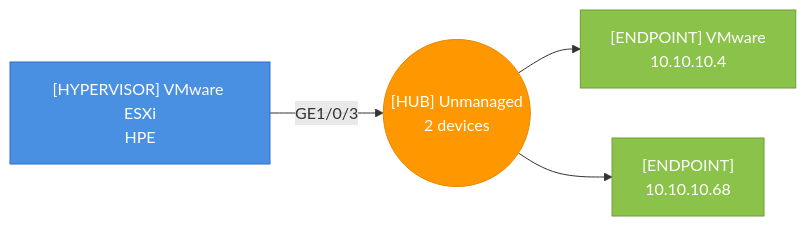
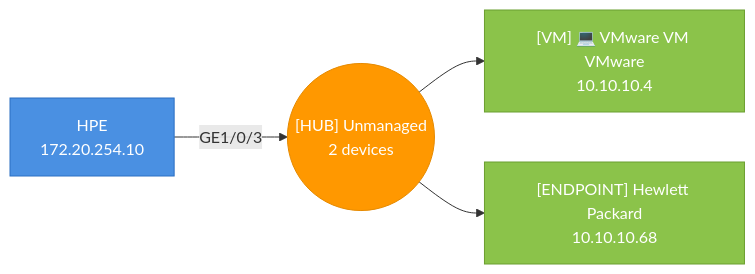
The second of 51 diagrams in testdata/golden/audit_esxi_sections.md (djamic/LLDP-Skanner-Go), drawn with Mermaid before and after one commit. The commit also changed other lines of this file and 16 other files, not shown here.

````diff
--- a/testdata/golden/audit_esxi_sections.md
+++ b/testdata/golden/audit_esxi_sections.md
@@ -35,14 +41,14 @@
 ```mermaid
 graph LR
   hub_4caea3277eca_p3(("[HUB] Unmanaged<br>2 devices"))
-  4caea3277eca["[HYPERVISOR] VMware ESXi<br>HPE"]
+  4caea3277eca["HPE<br>172.20.254.10"]
   4caea3277eca-- "GE1/0/3" -->hub_4caea3277eca_p3
   style 4caea3277eca fill:#4A90E2,stroke:#2A6FC2,color:#fff
-  000c29b745bb["[ENDPOINT] VMware<br>10.10.10.4"]
+  000c29b745bb["[VM] 💻 VMware VM VMware<br>10.10.10.4"]
   hub_4caea3277eca_p3-->000c29b745bb
   style 000c29b745bb fill:#8BC34A,stroke:#6B9F30,color:#fff
-  c4346bb84194["[ENDPOINT]<br>10.10.10.68"]
+  c4346bb84194["[ENDPOINT] Hewlett Packard<br>10.10.10.68"]
   hub_4caea3277eca_p3-->c4346bb84194
   style c4346bb84194 fill:#8BC34A,stroke:#6B9F30,color:#fff
   style hub_4caea3277eca_p3 fill:#FF9800,stroke:#E68A00,color:#fff
 ```
````
